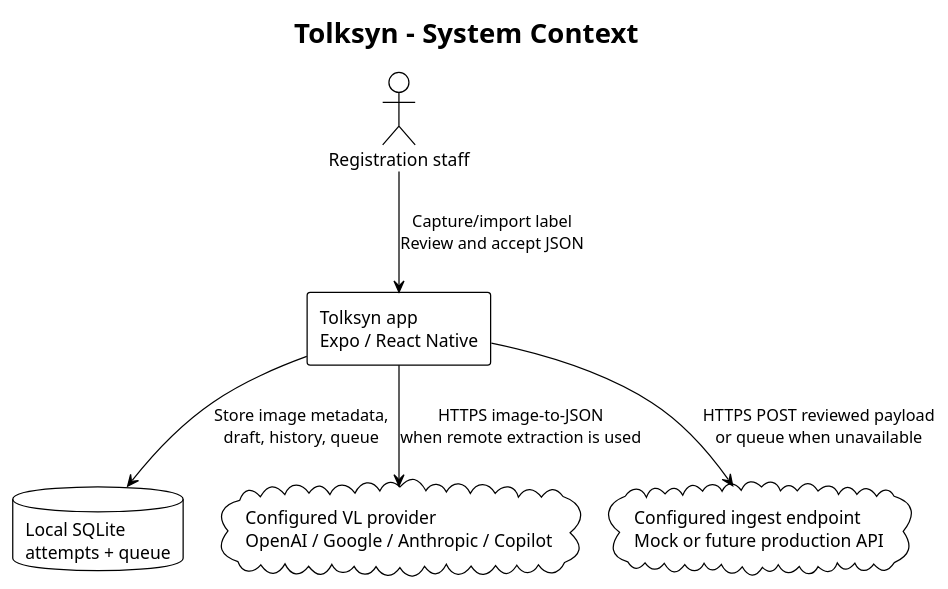
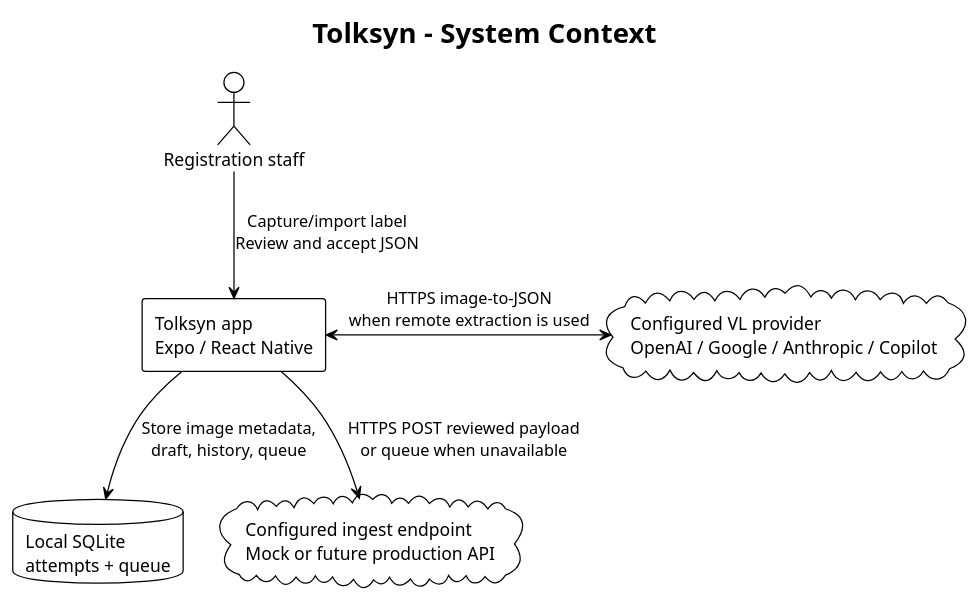
Before and after one commit to SP-SDU/Tolksyn: the diagram in docs/Diagrams/system-context.puml, drawn with PlantUML. The commit also changed 1 other file, not shown here.

```diff
--- a/docs/Diagrams/system-context.puml
+++ b/docs/Diagrams/system-context.puml
@@ -1,15 +1,15 @@
 @startuml system-context
 !theme plain
 title Tolksyn - System Context
 
 actor "Registration staff" as Staff
 rectangle "Tolksyn app\nExpo / React Native" as App
 database "Local SQLite\nattempts + queue" as LocalDb
 cloud "Configured VL provider\nOpenAI / Google / Anthropic / Copilot" as Provider
 cloud "Configured ingest endpoint\nMock or future production API" as Ingest
 
 Staff --> App : Capture/import label\nReview and accept JSON
 App --> LocalDb : Store image metadata,\ndraft, history, queue
-App --> Provider : HTTPS image-to-JSON\nwhen remote extraction is used
+App <-> Provider : HTTPS image-to-JSON\nwhen remote extraction is used
 App --> Ingest : HTTPS POST reviewed payload\nor queue when unavailable
 @enduml
```
